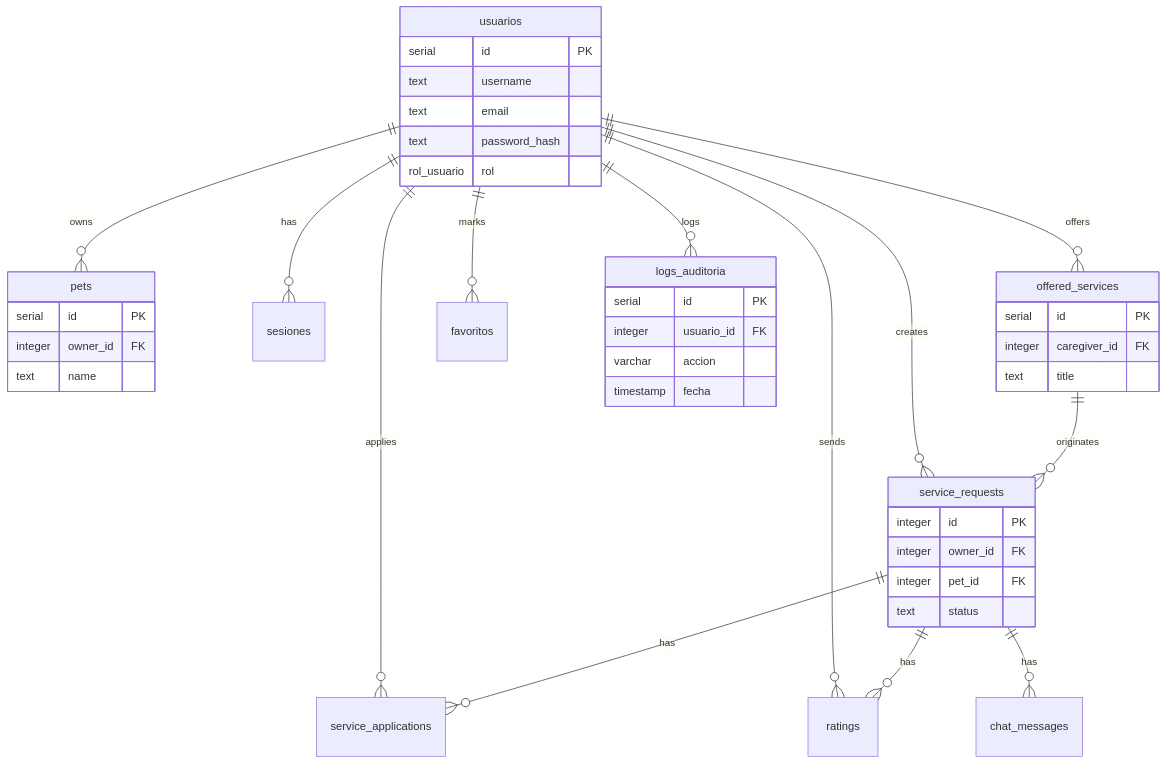
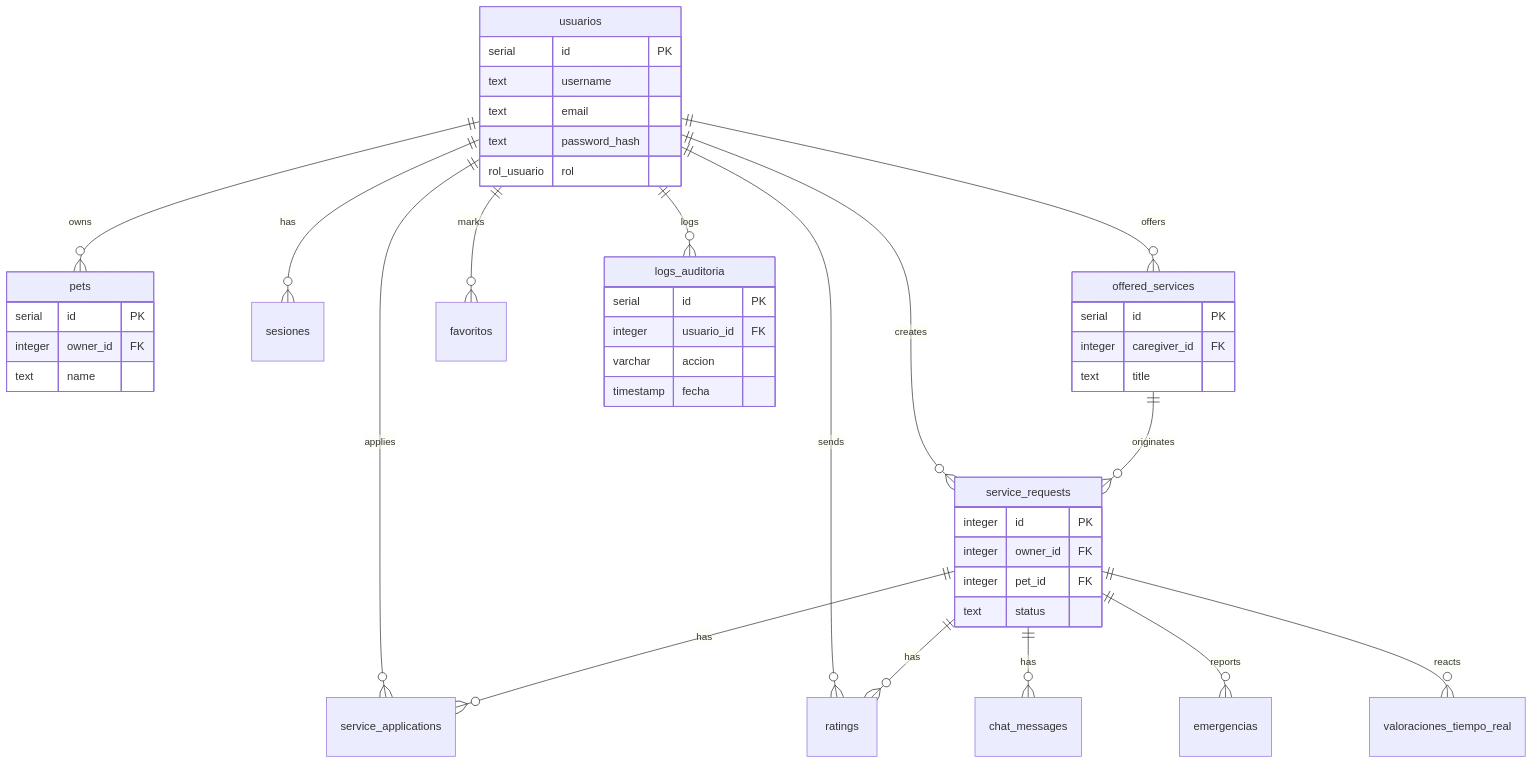
The diagram in README.md (VanessaA1A/petcare-bd), drawn with Mermaid before and after one commit. The commit also changed other lines of this file and 6 other files, not shown here.

First line of the commit message:
sync: mirror chat image_url, emergencias y valoraciones_tiempo_real (petcare-services 0a399f0)

````diff
--- a/README.md
+++ b/README.md
@@ -211,49 +244,51 @@
 ```mermaid
 erDiagram
     usuarios ||--o{ pets : owns
     usuarios ||--o{ sesiones : has
     usuarios ||--o{ service_requests : creates
     usuarios ||--o{ offered_services : offers
     usuarios ||--o{ service_applications : applies
     usuarios ||--o{ ratings : sends
     usuarios ||--o{ favoritos : marks
     usuarios ||--o{ logs_auditoria : logs
     service_requests ||--o{ service_applications : has
     service_requests ||--o{ ratings : has
     service_requests ||--o{ chat_messages : has
+    service_requests ||--o{ emergencias : reports
+    service_requests ||--o{ valoraciones_tiempo_real : reacts
     offered_services ||--o{ service_requests : originates
 
     usuarios {
         serial id PK
         text username
         text email
         text password_hash
         rol_usuario rol
     }
 
     pets {
         serial id PK
         integer owner_id FK
         text name
     }
 
     service_requests {
         integer id PK
         integer owner_id FK
         integer pet_id FK
         text status
     }
 
     offered_services {
         serial id PK
         integer caregiver_id FK
         text title
     }
 
     logs_auditoria {
         serial id PK
         integer usuario_id FK
         varchar accion
         timestamp fecha
     }
 ```
````
